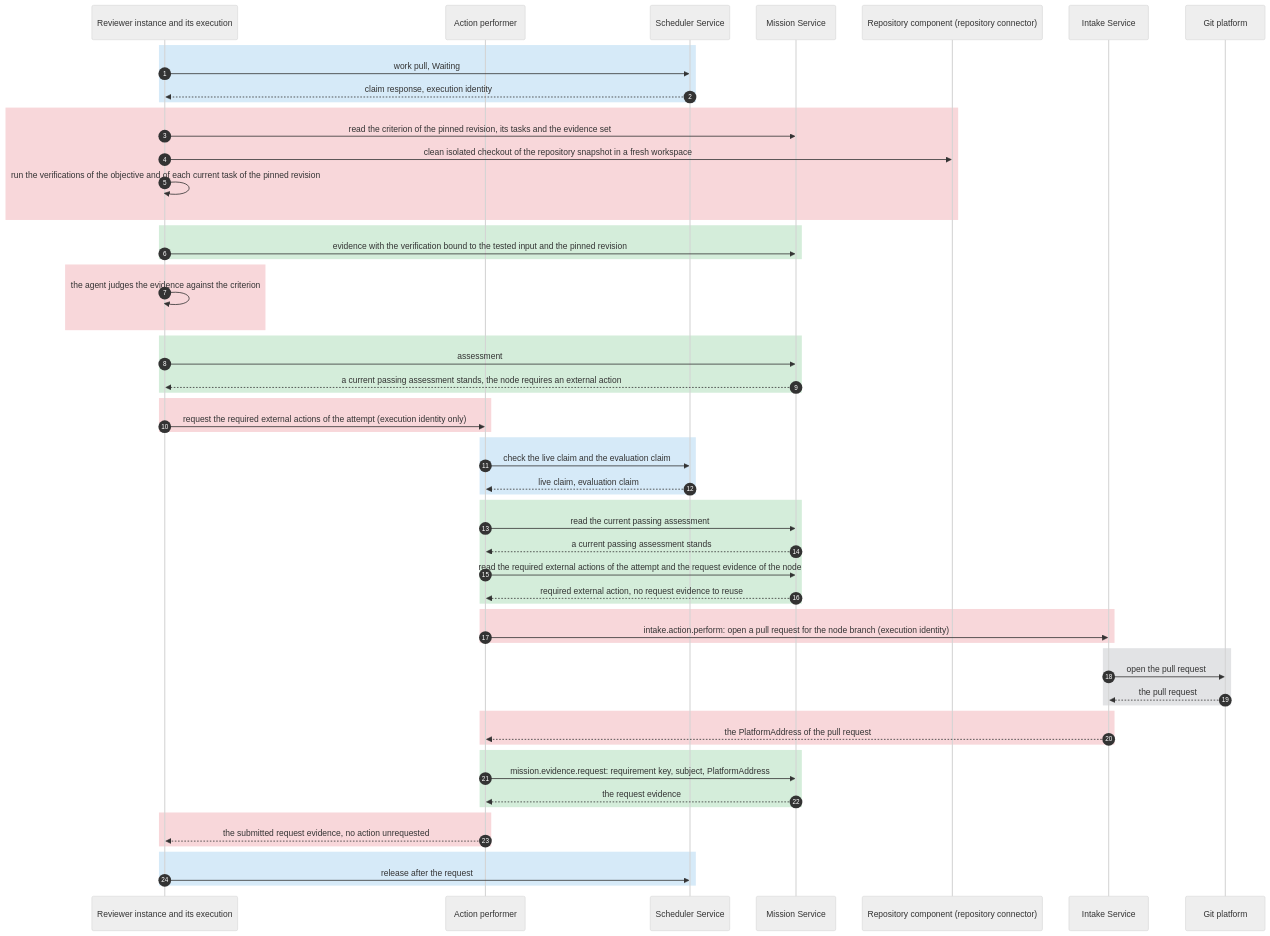
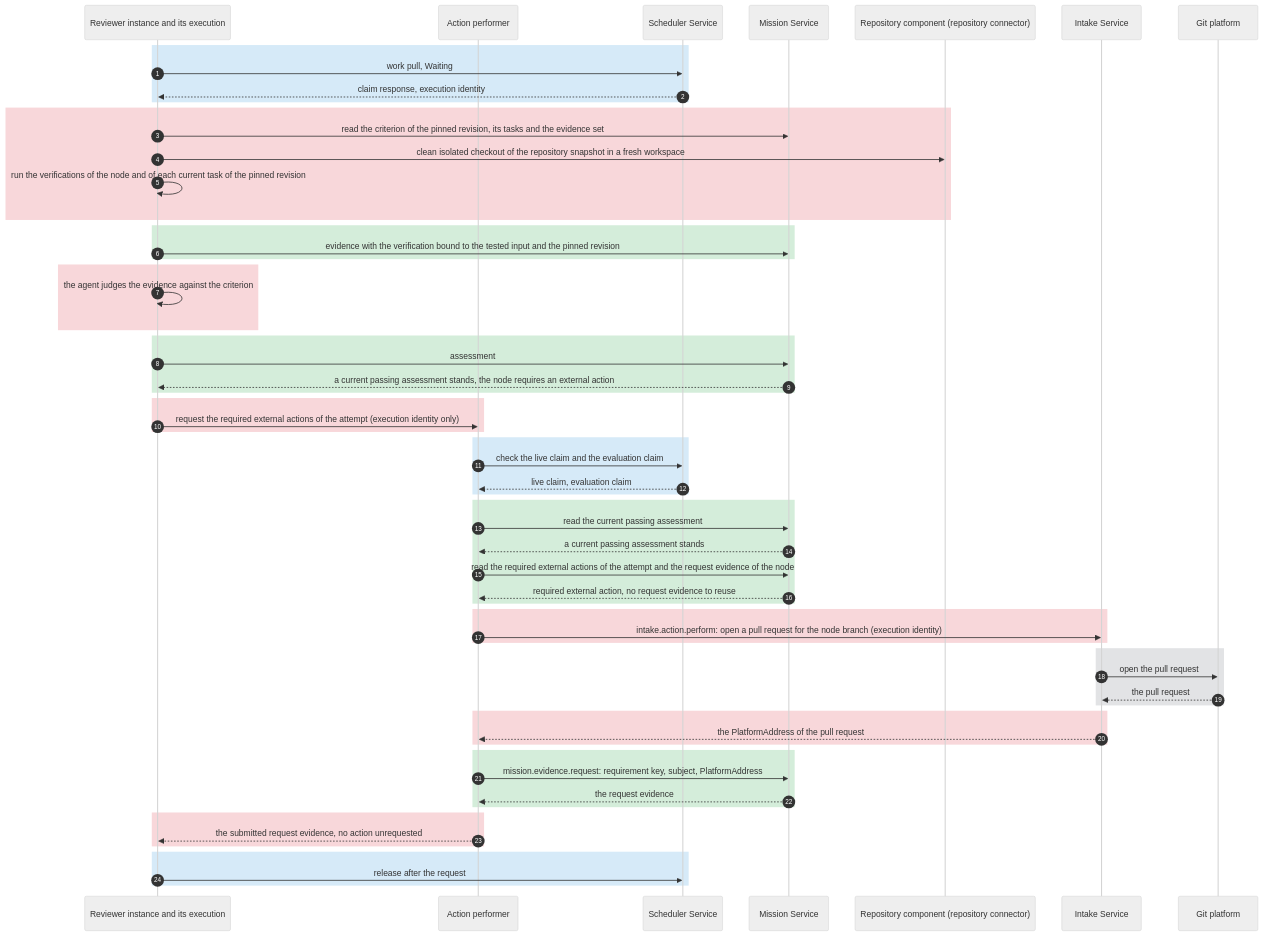
One commit to kanthorlabs/kanthord changed the fifth of 8 diagrams in docs/brainstorm/worker-service.md. Above: the diagram before and after it, drawn with Mermaid (neutral theme). The commit also changed other lines of this file and 8 other files, not shown here.

````diff
--- a/docs/brainstorm/worker-service.md
+++ b/docs/brainstorm/worker-service.md
@@ -588,64 +593,64 @@
 ```mermaid
 sequenceDiagram
     autonumber
     participant R as Reviewer instance and its execution
     participant AP as Action performer
     participant S as Scheduler Service
     participant M as Mission Service
     participant RG as Repository component (repository connector)
     participant IN as Intake Service
     participant G as Git platform
 
     rect rgb(214, 234, 248)
         R->>S: work pull, Waiting
         S-->>R: claim response, execution identity
     end
     rect rgb(248, 215, 218)
         R->>M: read the criterion of the pinned revision, its tasks and the evidence set
         R->>RG: clean isolated checkout of the repository snapshot in a fresh workspace
-        R->>R: run the verifications of the objective and of each current task of the pinned revision
+        R->>R: run the verifications of the node and of each current task of the pinned revision
     end
     rect rgb(212, 237, 218)
         R->>M: evidence with the verification bound to the tested input and the pinned revision
     end
     rect rgb(248, 215, 218)
         R->>R: the agent judges the evidence against the criterion
     end
     rect rgb(212, 237, 218)
         R->>M: assessment
         M-->>R: a current passing assessment stands, the node requires an external action
     end
     rect rgb(248, 215, 218)
         R->>AP: request the required external actions of the attempt (execution identity only)
     end
     rect rgb(214, 234, 248)
         AP->>S: check the live claim and the evaluation claim
         S-->>AP: live claim, evaluation claim
     end
     rect rgb(212, 237, 218)
         AP->>M: read the current passing assessment
         M-->>AP: a current passing assessment stands
         AP->>M: read the required external actions of the attempt and the request evidence of the node
         M-->>AP: required external action, no request evidence to reuse
     end
     rect rgb(248, 215, 218)
         AP->>IN: intake.action.perform: open a pull request for the node branch (execution identity)
     end
     rect rgb(226, 227, 229)
         IN->>G: open the pull request
         G-->>IN: the pull request
     end
     rect rgb(248, 215, 218)
         IN-->>AP: the PlatformAddress of the pull request
     end
     rect rgb(212, 237, 218)
         AP->>M: mission.evidence.request: requirement key, subject, PlatformAddress
         M-->>AP: the request evidence
     end
     rect rgb(248, 215, 218)
         AP-->>R: the submitted request evidence, no action unrequested
     end
     rect rgb(214, 234, 248)
         R->>S: release after the request
     end
 ```
````
